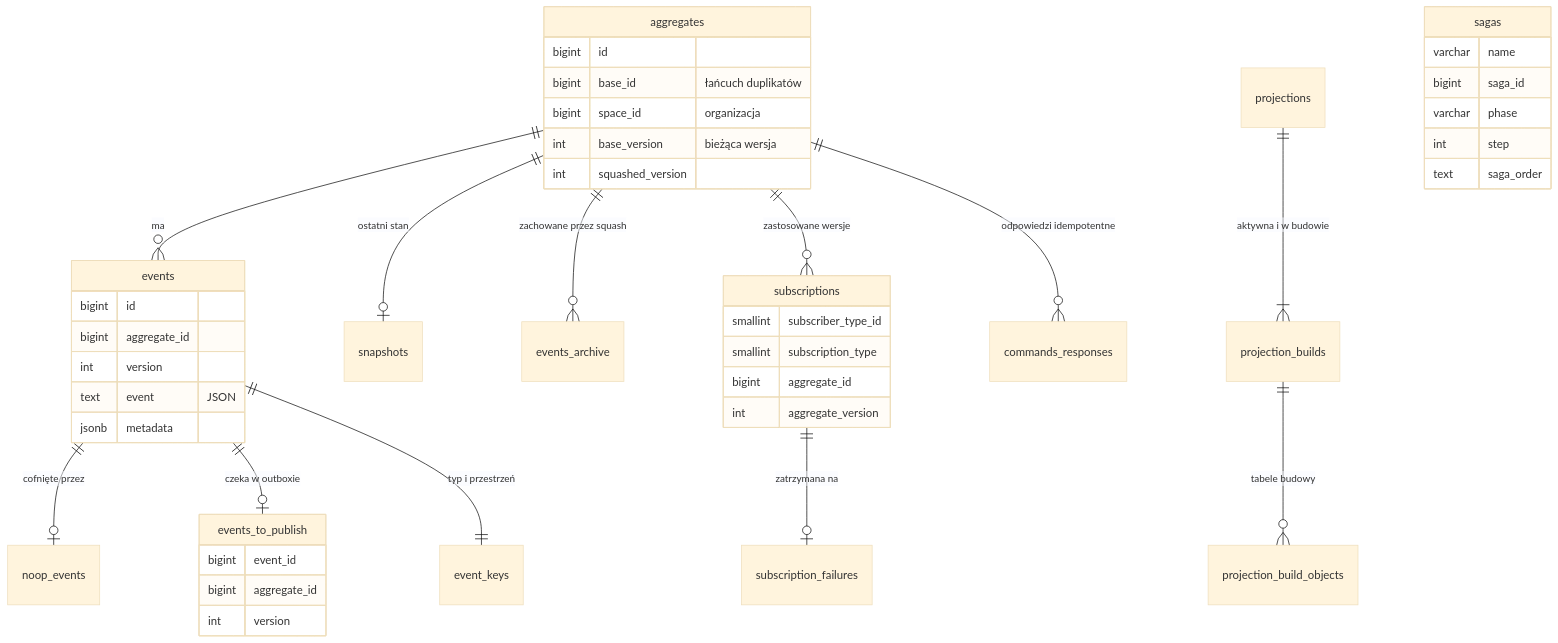
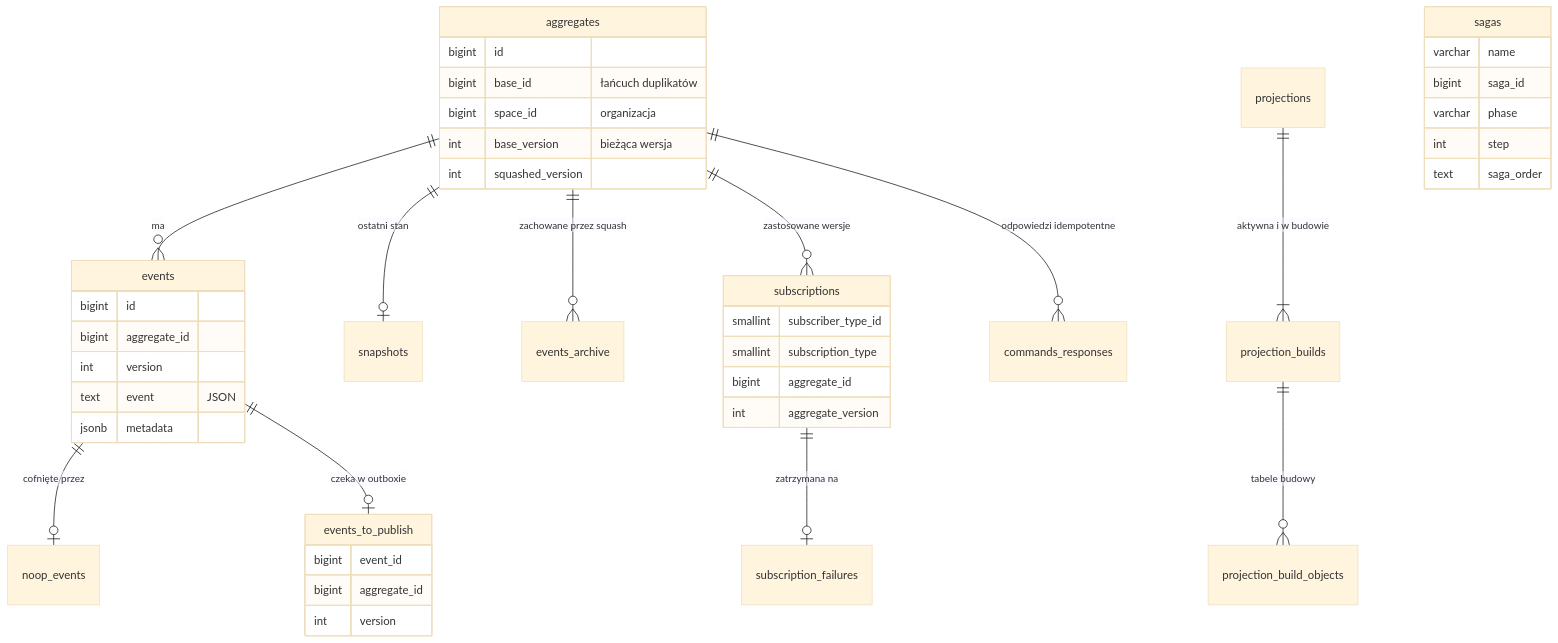
The fifth of 10 diagrams in docs/book_pl/appendix-d-architecture.md (marpiec/ReactiveCQRS), drawn with Mermaid (base theme) before and after one commit. The commit also changed 29 other files, not shown here.

````diff
--- a/docs/book_pl/appendix-d-architecture.md
+++ b/docs/book_pl/appendix-d-architecture.md
@@ -133,47 +133,46 @@
 ```mermaid
 erDiagram
   aggregates ||--o{ events : "ma"
   events ||--o| noop_events : "cofnięte przez"
   events ||--o| events_to_publish : "czeka w outboxie"
-  events ||--|| event_keys : "typ i przestrzeń"
   aggregates ||--o| snapshots : "ostatni stan"
   aggregates ||--o{ events_archive : "zachowane przez squash"
   aggregates ||--o{ subscriptions : "zastosowane wersje"
   subscriptions ||--o| subscription_failures : "zatrzymana na"
   aggregates ||--o{ commands_responses : "odpowiedzi idempotentne"
   projections ||--|{ projection_builds : "aktywna i w budowie"
   projection_builds ||--o{ projection_build_objects : "tabele budowy"
 
   aggregates {
     bigint id
     bigint base_id "łańcuch duplikatów"
     bigint space_id "organizacja"
     int base_version "bieżąca wersja"
     int squashed_version
   }
   events {
     bigint id
     bigint aggregate_id
     int version
     text event "JSON"
     jsonb metadata
   }
   events_to_publish {
     bigint event_id
     bigint aggregate_id
     int version
   }
   subscriptions {
     smallint subscriber_type_id
     smallint subscription_type
     bigint aggregate_id
     int aggregate_version
   }
   sagas {
     varchar name
     bigint saga_id
     varchar phase
     int step
     text saga_order
   }
 ```
````
